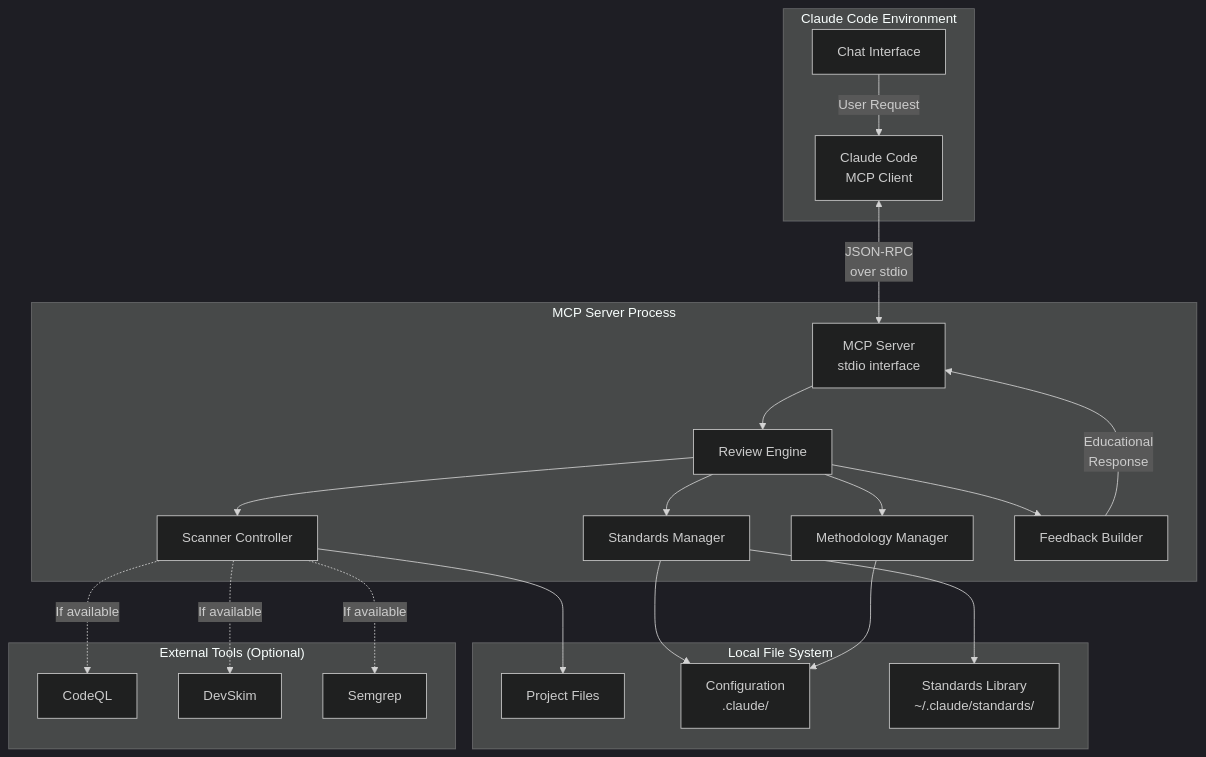
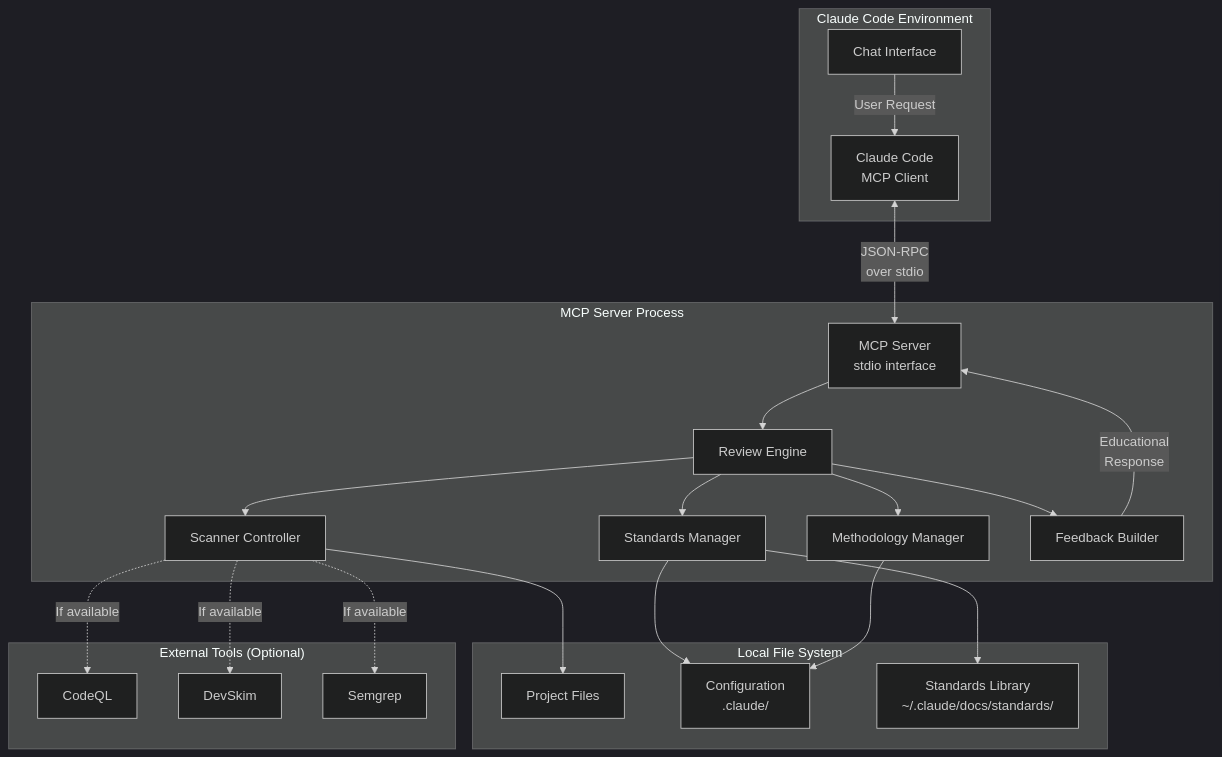
Before and after one commit to RickCogley/aichaku: the first of 4 diagrams in docs/explanation/mcp-architecture.md, drawn with Mermaid (dark theme). The commit also changed other lines of this file and 41 other files, not shown here.

````diff
--- a/docs/explanation/mcp-architecture.md
+++ b/docs/explanation/mcp-architecture.md
@@ -33,44 +33,44 @@
 ```mermaid
 graph TB
     subgraph "Claude Code Environment"
         CC[Claude Code<br/>MCP Client]
         UI[Chat Interface]
     end
     
     subgraph "MCP Server Process"
         MS[MCP Server<br/>stdio interface]
         RE[Review Engine]
         SM[Standards Manager]
         MM[Methodology Manager]
         SC[Scanner Controller]
         FB[Feedback Builder]
     end
     
     subgraph "Local File System"
         PF[Project Files]
         CF[Configuration<br/>.claude/]
-        STD[Standards Library<br/>~/.claude/standards/]
+        STD[Standards Library<br/>~/.claude/docs/standards/]
     end
     
     subgraph "External Tools (Optional)"
         CQ[CodeQL]
         DS[DevSkim]
         SG[Semgrep]
     end
     
     UI -->|User Request| CC
     CC <-->|JSON-RPC<br/>over stdio| MS
     MS --> RE
     RE --> SM
     RE --> MM
     RE --> SC
     RE --> FB
     SM --> CF
     SM --> STD
     MM --> CF
     SC --> PF
     SC -.->|If available| CQ
     SC -.->|If available| DS
     SC -.->|If available| SG
     FB -->|Educational<br/>Response| MS
 ```
````
